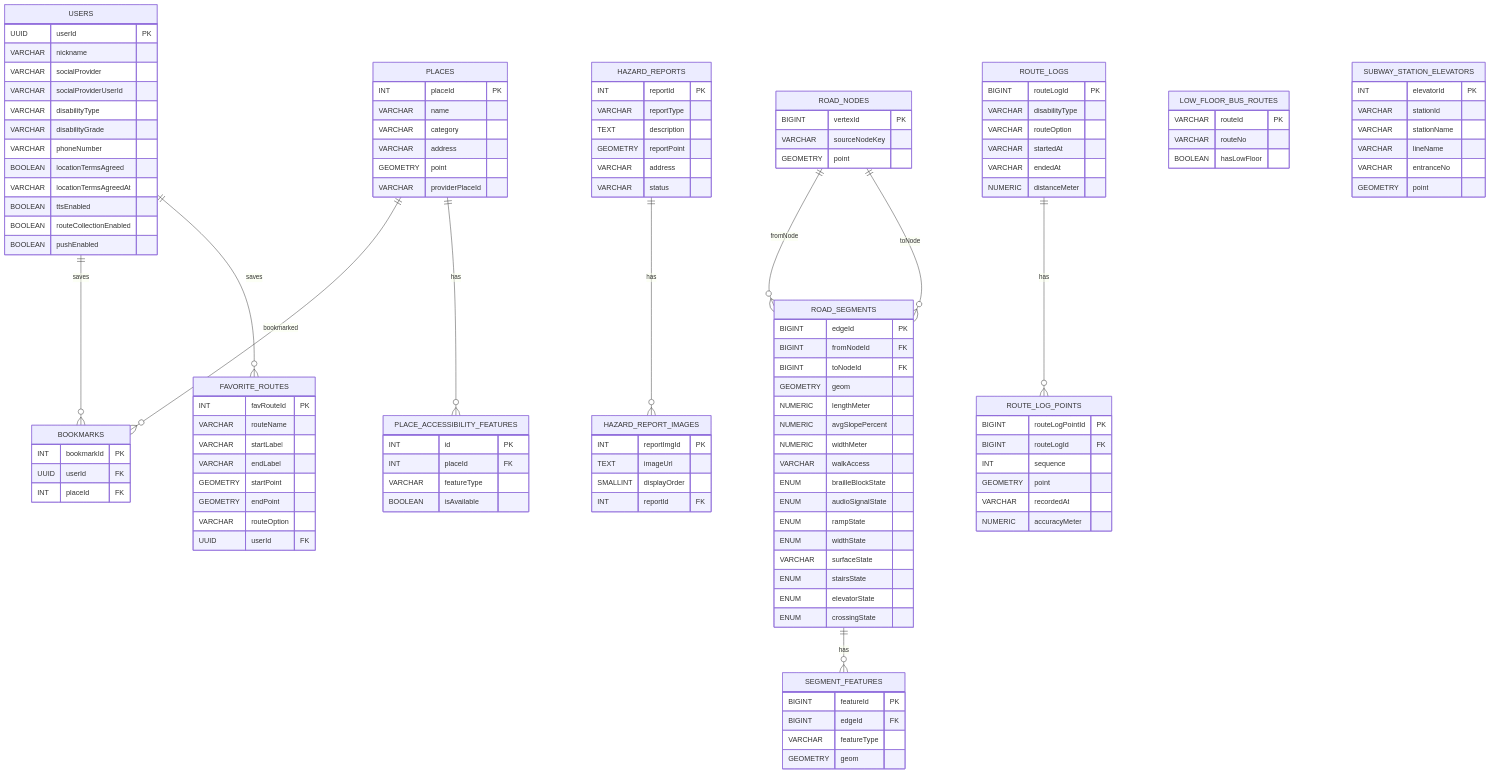
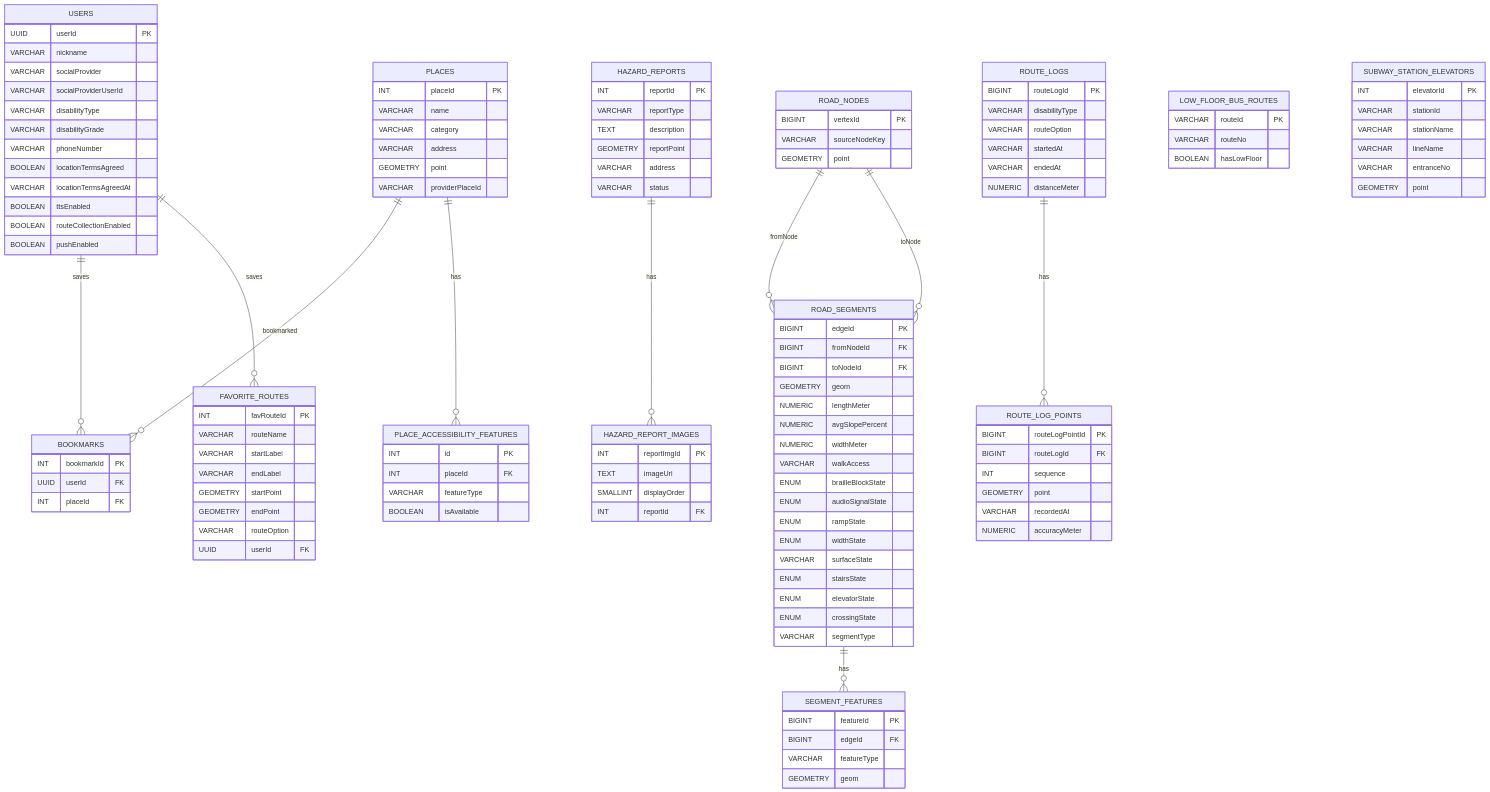
One commit to Jang4360/poc_v1 changed the diagram in docs/erd_v2.md. Above: the diagram before and after it, drawn with Mermaid. The commit also changed other lines of this file and 58 other files, not shown here.

```diff
--- a/docs/erd_v2.md
+++ b/docs/erd_v2.md
@@ -174,6 +176,7 @@
         ENUM stairsState
         ENUM elevatorState
         ENUM crossingState
+        VARCHAR segmentType
     }
 
     SEGMENT_FEATURES {
```
